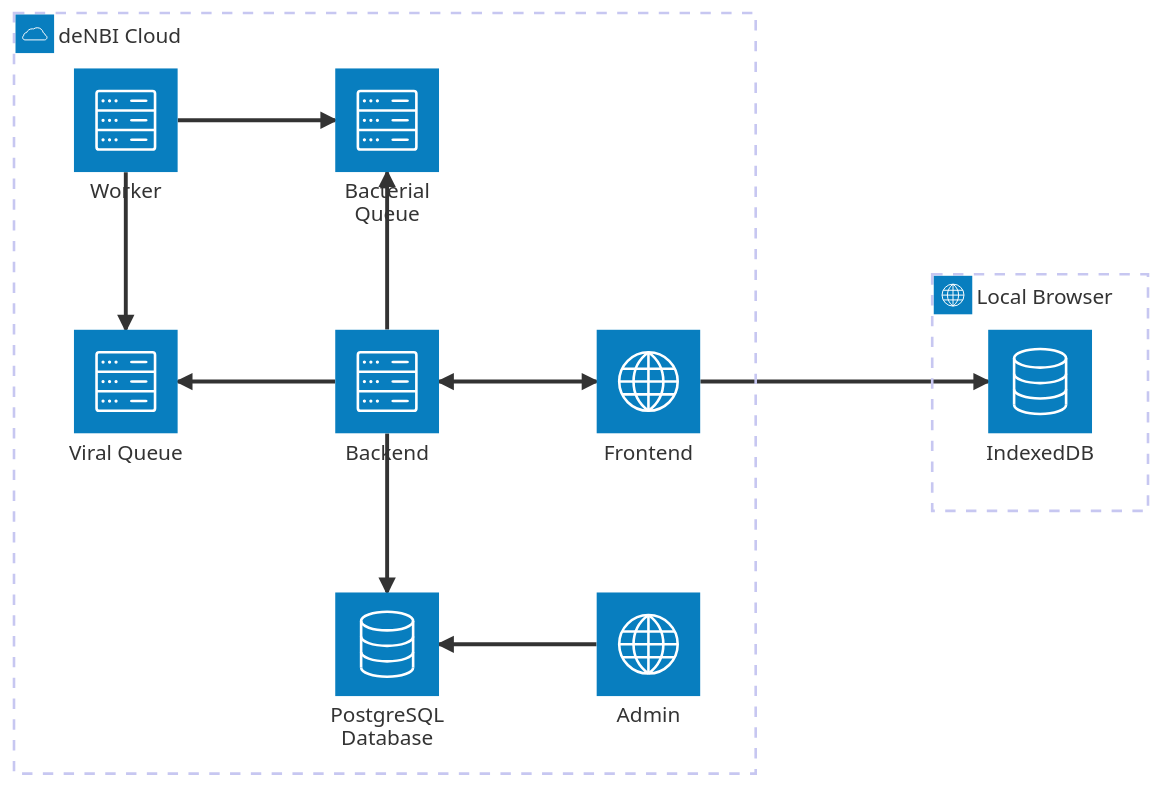
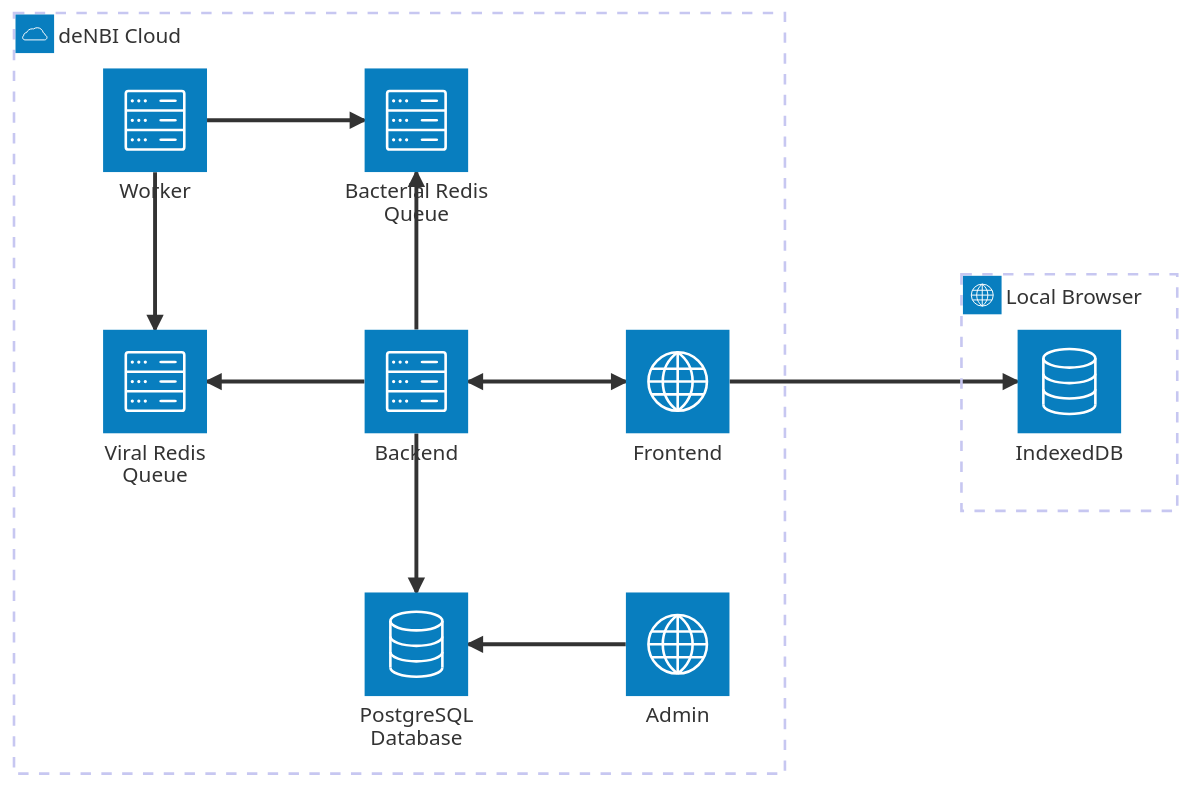
Before and after one commit to DiltheyLab/GENTRAIN: the diagram in documentation/docs/developers/project_architecture.md, drawn with Mermaid.

Commit message:
chore: add redis to deployment diagram

````diff
--- a/documentation/docs/developers/project_architecture.md
+++ b/documentation/docs/developers/project_architecture.md
@@ -16,24 +16,24 @@
 ```mermaid
 architecture-beta
     group denbi(cloud)[deNBI Cloud]
     
     service frontend(internet)[Frontend] in denbi
     service backend(server)[Backend] in denbi
     service worker(server)[Worker] in denbi
     service admin(internet)[Admin] in denbi
     service db(database)[PostgreSQL Database] in denbi
-    service viral_queue(server)[Viral Queue] in denbi
-    service bacterial_queue(server)[Bacterial Queue] in denbi
+    service viral_queue(server)[Viral Redis Queue] in denbi
+    service bacterial_queue(server)[Bacterial Redis Queue] in denbi
 
     group browser(internet)[Local Browser]
     service indexed_db(database)[IndexedDB] in browser
     
     viral_queue:R <-- L:backend
     bacterial_queue:B <-- T:backend
     worker:B --> T:viral_queue
     worker:R --> L:bacterial_queue
     db:T <-- B:backend
     admin:L --> R:db
     frontend:L <--> R:backend
     indexed_db:L <-- R:frontend
 ```
````
